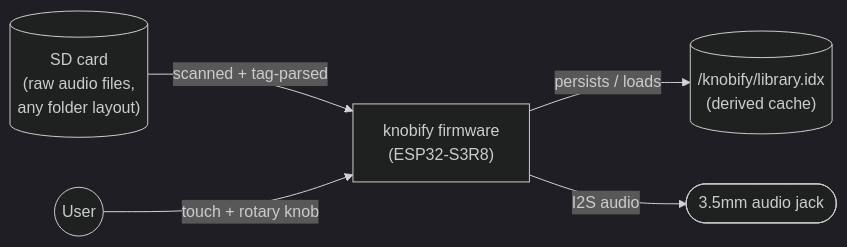
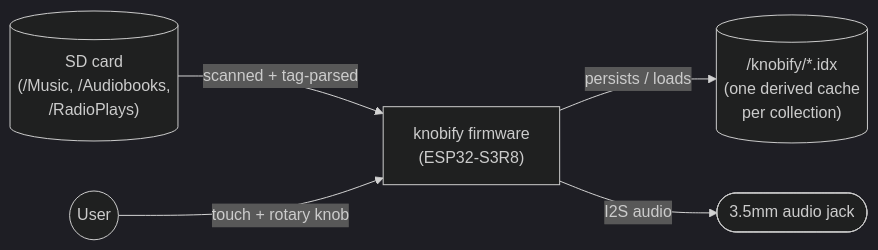
One commit to bjblazko/knobify changed the first of 6 diagrams in docs/arc42/arc42.md. Above: the diagram before and after it, drawn with Mermaid (dark theme). The commit also changed other lines of this file and 1 other file, not shown here.

````diff
--- a/docs/arc42/arc42.md
+++ b/docs/arc42/arc42.md
@@ -54,13 +62,13 @@
 ```mermaid
 flowchart LR
-    SD[("SD card\n(raw audio files,\nany folder layout)")]
+    SD[("SD card\n(/Music, /Audiobooks,\n/RadioPlays)")]
     FW["knobify firmware\n(ESP32-S3R8)"]
-    Cache[("/knobify/library.idx\n(derived cache)")]
+    Cache[("/knobify/*.idx\n(one derived cache\nper collection)")]
     User(("User"))
     Jack(["3.5mm audio jack"])
 
     SD -- "scanned + tag-parsed" --> FW
     FW -- "persists / loads" --> Cache
     User -- "touch + rotary knob" --> FW
     FW -- "I2S audio" --> Jack
 ```
````
